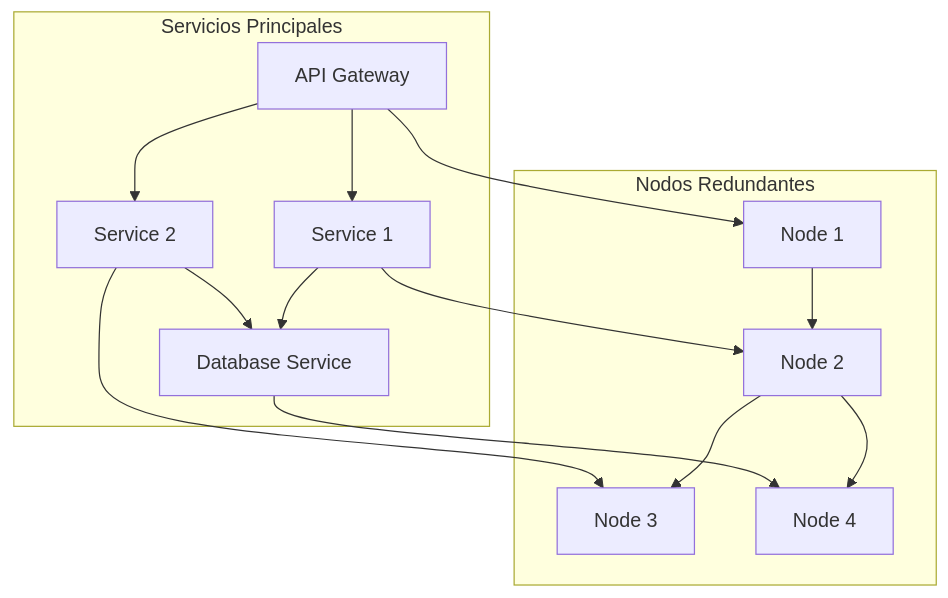
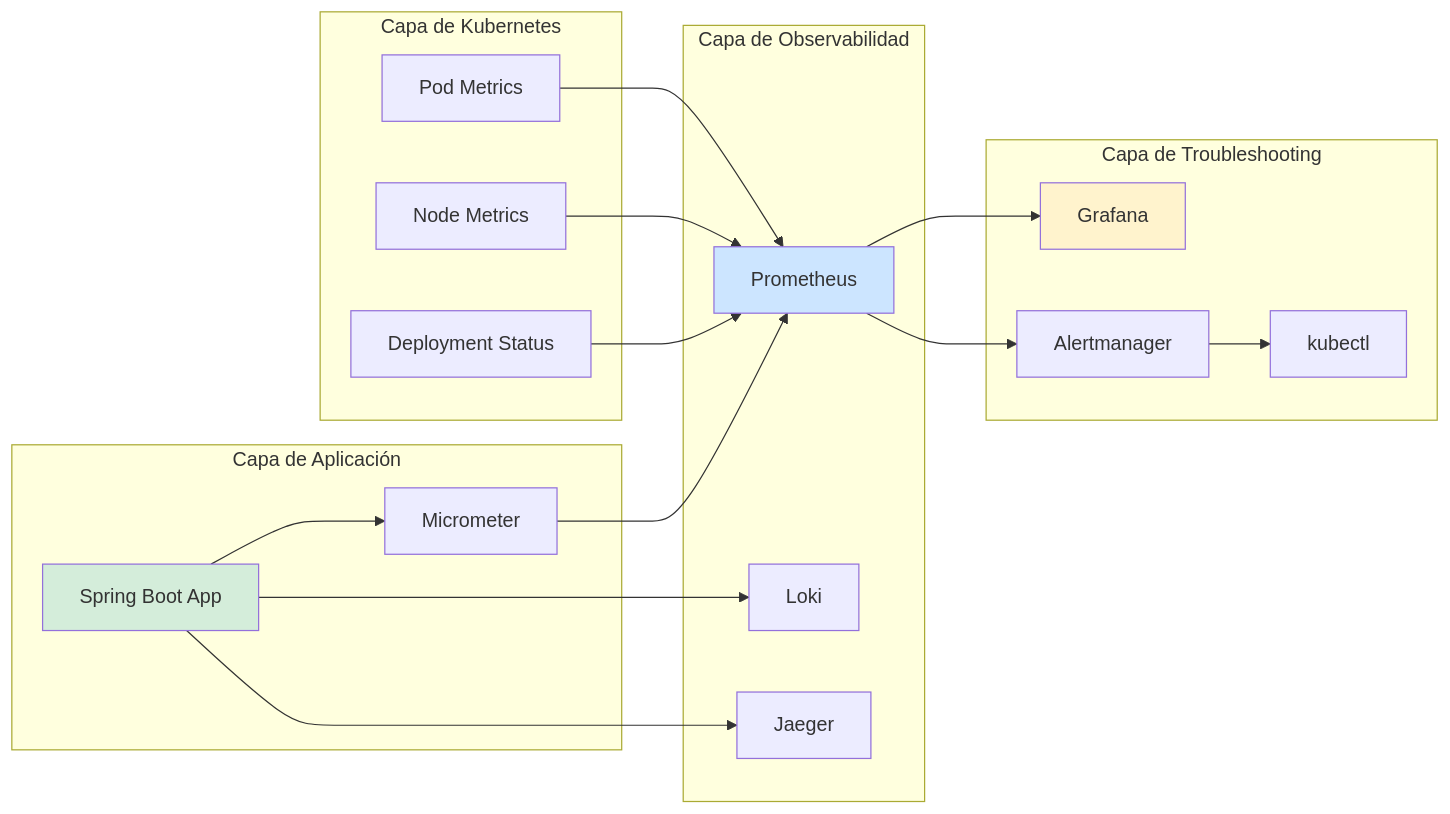
The second of 3 diagrams in _Review/kubernetes_troubleshooting_en_produccion/kubernetes_troubleshooting_en_produccion.md (Joaquinriosheredia/DAM-Java-Mastery), drawn with Mermaid before and after one commit. The commit also changed other lines of this file, not shown here.

Commit message:
kubernetes_troubleshooting_en_produccion.md

````diff
--- a/_Review/kubernetes_troubleshooting_en_produccion/kubernetes_troubleshooting_en_produccion.md
+++ b/_Review/kubernetes_troubleshooting_en_produccion/kubernetes_troubleshooting_en_produccion.md
@@ -651,18 +144,40 @@
 ```mermaid
-graph TD
-    subgraph Servicios Principales
-        A[API Gateway] --> B[Service 1]
-        A --> C[Service 2]
-        B --> D[Database Service]
-        C --> D
+graph LR
+    subgraph "Capa de Aplicación"
+        APP[Spring Boot App]
+        MET[Micrometer]
     end
-    subgraph Nodos Redundantes
-        E[Node 1] --> F[Node 2]
-        F --> G[Node 3]
-        F --> H[Node 4]
+    
+    subgraph "Capa de Kubernetes"
+        POD[Pod Metrics]
+        NODE[Node Metrics]
+        DEPLOY[Deployment Status]
     end
-    A --> E
-    B --> F
-    C --> G
-    D --> H
+    
+    subgraph "Capa de Observabilidad"
+        PROM[Prometheus]
+        LOKI[Loki]
+        JAEGER[Jaeger]
+    end
+    
+    subgraph "Capa de Troubleshooting"
+        GRAF[Grafana]
+        ALERT[Alertmanager]
+        KUBECTL[kubectl]
+    end
+    
+    APP --> MET
+    MET --> PROM
+    POD --> PROM
+    NODE --> PROM
+    DEPLOY --> PROM
+    PROM --> GRAF
+    PROM --> ALERT
+    APP --> LOKI
+    APP --> JAEGER
+    ALERT --> KUBECTL
+    
+    style APP fill:#d4edda
+    style PROM fill:#cce5ff
+    style GRAF fill:#fff3cd
 ```
````
